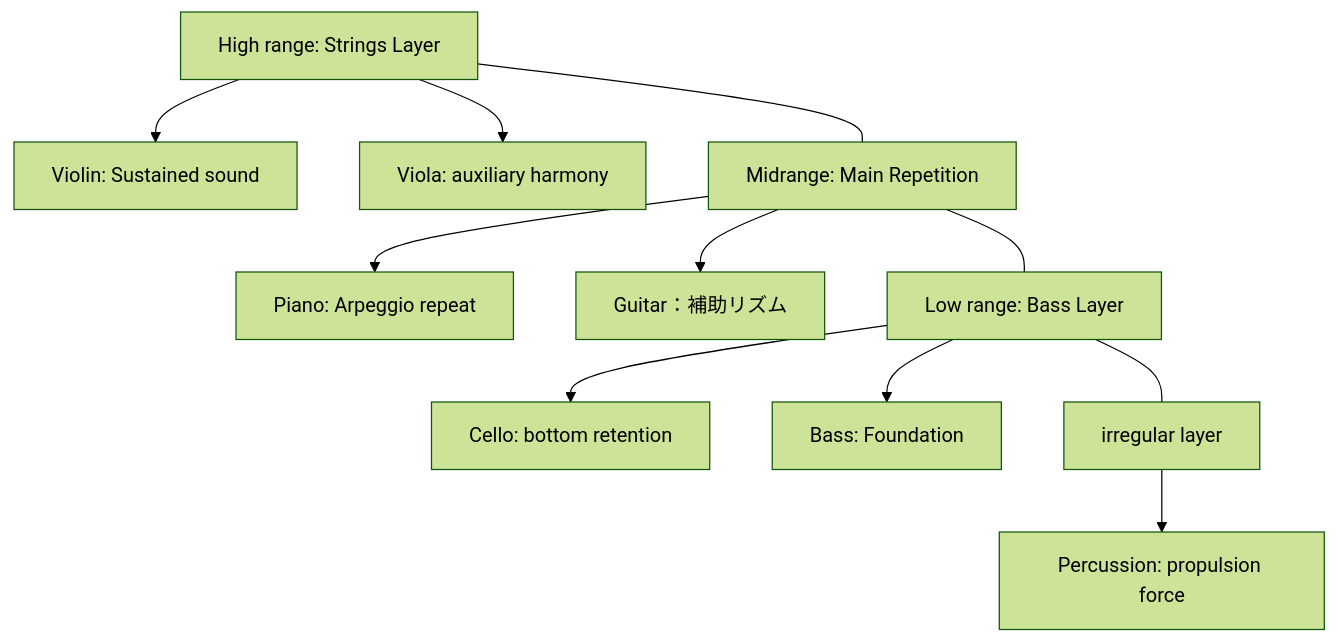
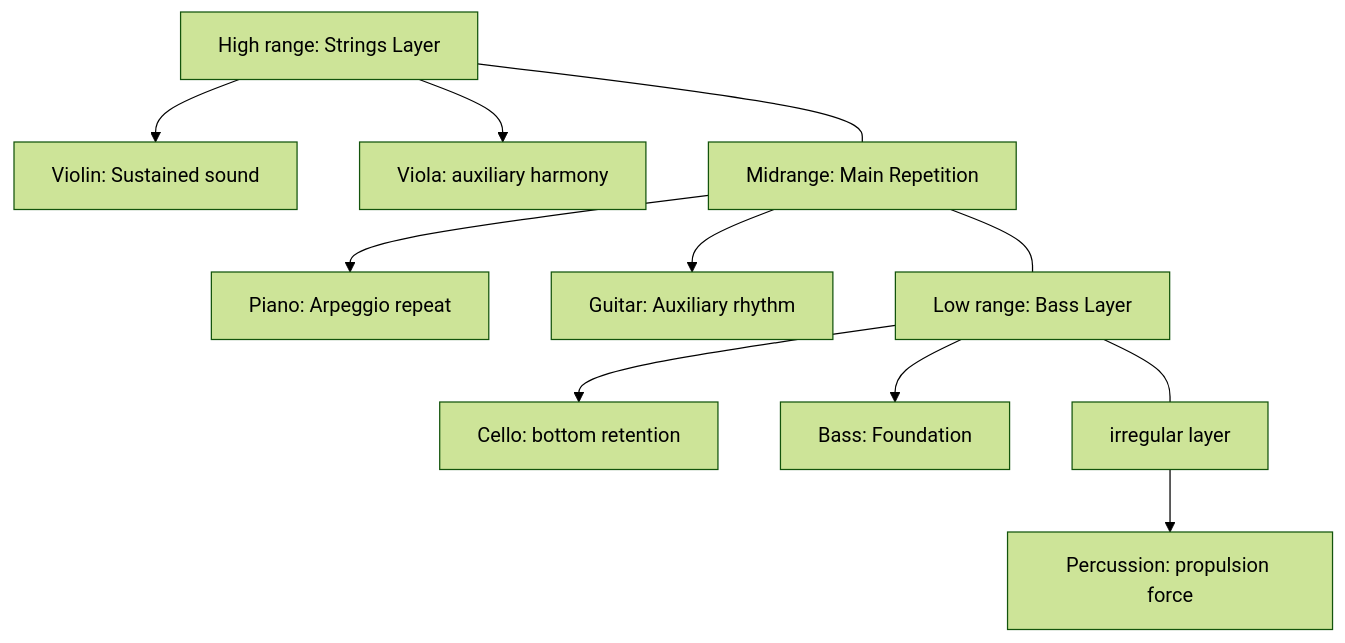
The third of 3 diagrams in en/_posts/2025-11-19-column-penguin-cafe-orchestra.md (monumental-movement/monumental-movement.github.io), drawn with Mermaid (forest theme) before and after one commit. The commit also changed other lines of this file and 851 other files, not shown here.

```diff
--- a/en/_posts/2025-11-19-column-penguin-cafe-orchestra.md
+++ b/en/_posts/2025-11-19-column-penguin-cafe-orchestra.md
@@ -264,18 +264,18 @@
 <div class="mermaid">
 
 flowchart TD
   A[High range: Strings Layer] --> A1[Violin: Sustained sound]
   A --> A2[Viola: auxiliary harmony]
 
   B[Midrange: Main Repetition] --> B1[Piano: Arpeggio repeat]
-  B --> B2[Guitar：補助リズム]
+  B --> B2[Guitar: Auxiliary rhythm]
 
   C[Low range: Bass Layer] --> C1[Cello: bottom retention]
   C --> C2[Bass: Foundation]
 
   D[irregular layer] --> D1[Percussion: propulsion force]
 
   A --- B --- C --- D
 
 
 </div>
```
